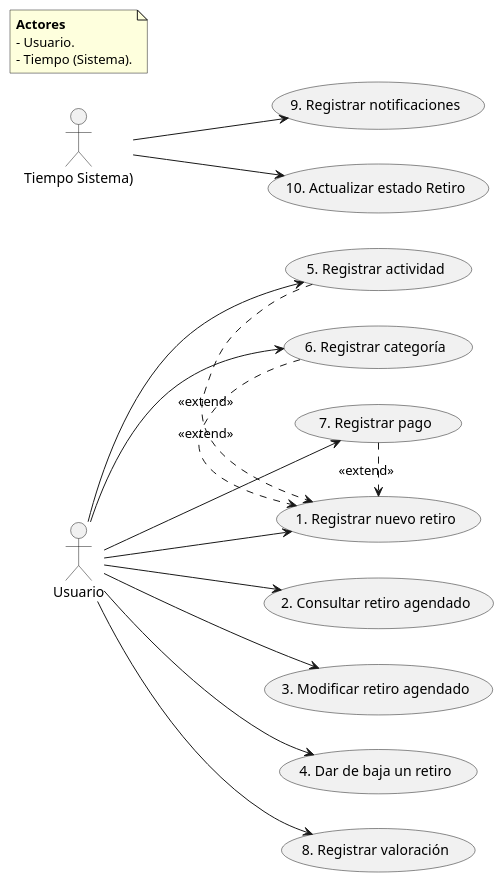
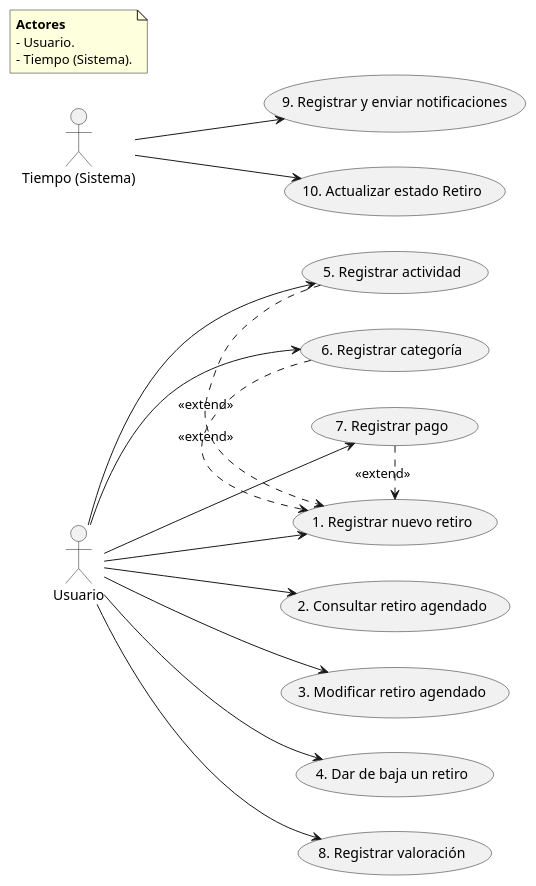
Before and after one commit to agustinborg-66/TPI-ASI---2026: the diagram in Entrega Final/diagramaCU.puml, drawn with PlantUML. The commit also changed 3 other files, not shown here.

```diff
--- a/Entrega Final/diagramaCU.puml
+++ b/Entrega Final/diagramaCU.puml
@@ -1,39 +1,39 @@
 @startuml diagramaCU
 left to right direction
 
 actor "Usuario" as U
-actor "Tiempo Sistema)" as T
+actor "Tiempo (Sistema)" as T
 
 usecase "1. Registrar nuevo retiro" as UC1
 usecase "2. Consultar retiro agendado" as UC2
 usecase "3. Modificar retiro agendado" as UC3
 usecase "4. Dar de baja un retiro" as UC4
 usecase "5. Registrar actividad" as UC5
 usecase "6. Registrar categoría" as UC6
 usecase "7. Registrar pago" as UC7
 usecase "8. Registrar valoración" as UC8
-usecase "9. Registrar notificaciones" as UC9
+usecase "9. Registrar y enviar notificaciones" as UC9
 usecase "10. Actualizar estado Retiro" as UC10
 
 U --> UC1
 U --> UC2
 U --> UC3
 U --> UC4
 U --> UC5
 U --> UC6
 U --> UC7
 U --> UC8
 
 UC5 .> UC1 : <<extend>>
 UC6 .> UC1 : <<extend>>
 UC7 .> UC1 : <<extend>>
 
 T --> UC9
 T --> UC10
 
 note as N1
 **Actores**
 - Usuario.
 - Tiempo (Sistema).
 end note
 @enduml
```
